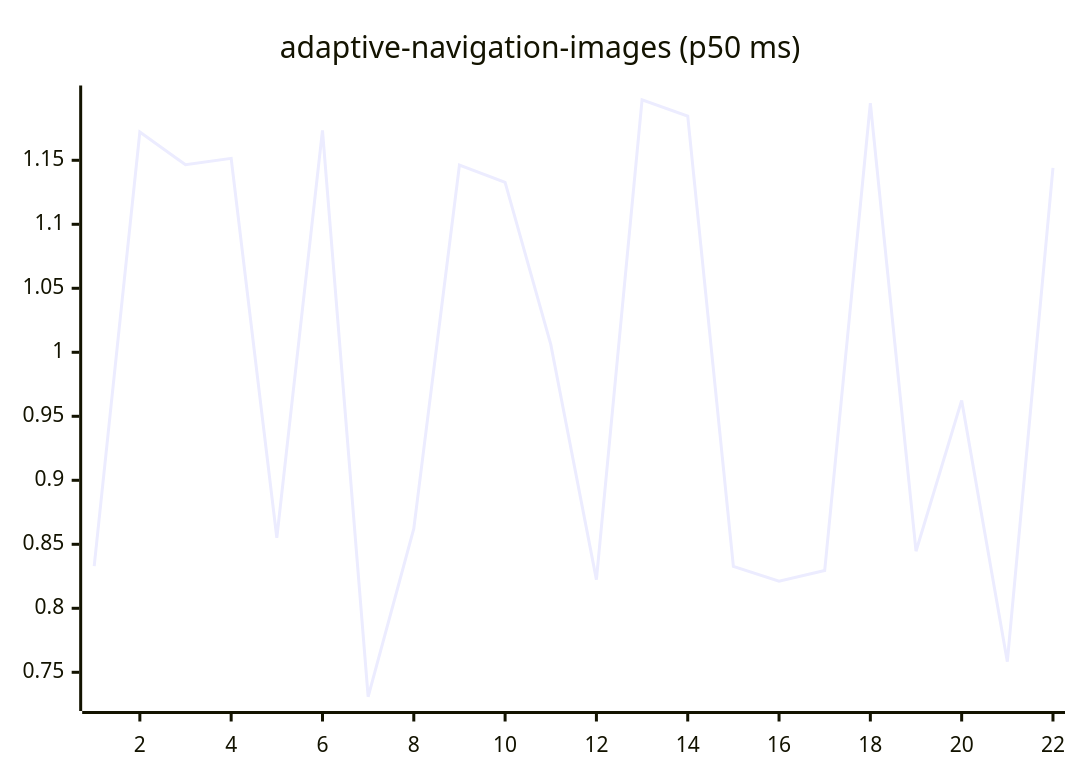
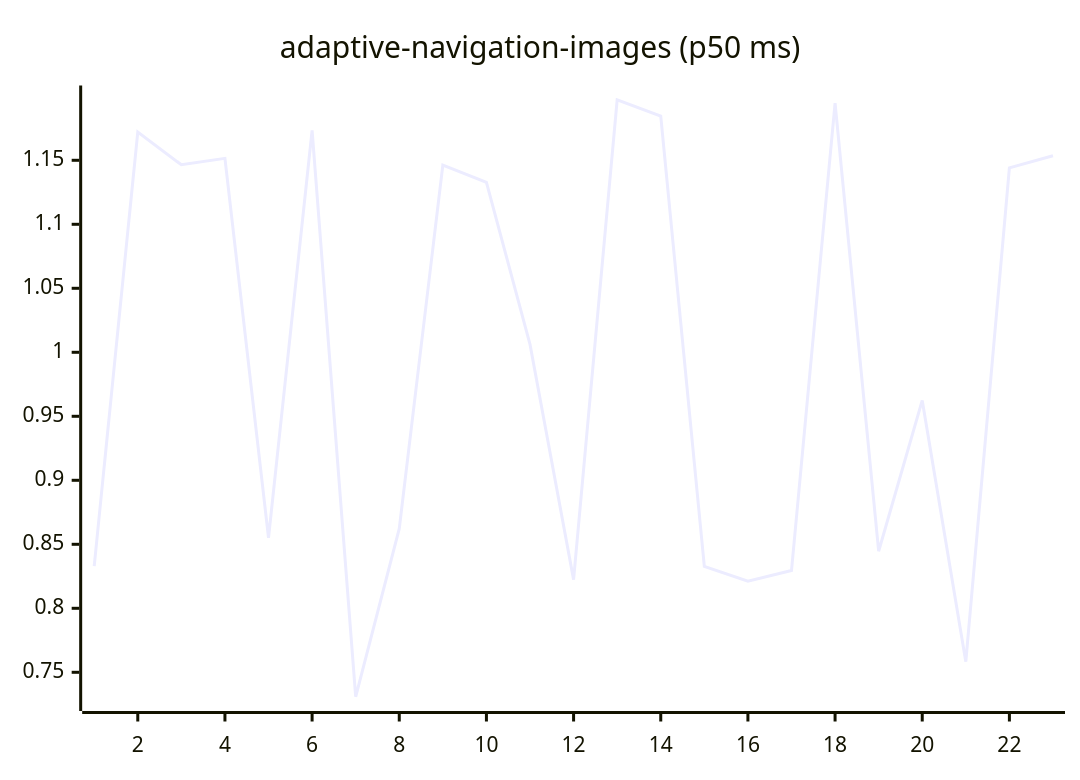
The first of 27 diagrams in README.md (josha/Facet), drawn with Mermaid before and after one commit. The commit also changed other lines of this file and 2 other files, not shown here.

````diff
--- a/README.md
+++ b/README.md
@@ -63,6 +63,6 @@
 ```mermaid
 xychart-beta
     title "adaptive-navigation-images (p50 ms)"
-    x-axis 1 --> 22
-    line [0.8330, 1.1721, 1.1465, 1.1515, 0.8551, 1.1733, 0.7309, 0.8622, 1.1462, 1.1328, 1.0062, 0.8224, 1.1973, 1.1845, 0.8328, 0.8211, 0.8295, 1.1947, 0.8446, 0.9624, 0.7583, 1.1441]
+    x-axis 1 --> 23
+    line [0.8330, 1.1721, 1.1465, 1.1515, 0.8551, 1.1733, 0.7309, 0.8622, 1.1462, 1.1328, 1.0062, 0.8224, 1.1973, 1.1845, 0.8328, 0.8211, 0.8295, 1.1947, 0.8446, 0.9624, 0.7583, 1.1441, 1.1535]
 ```
````
